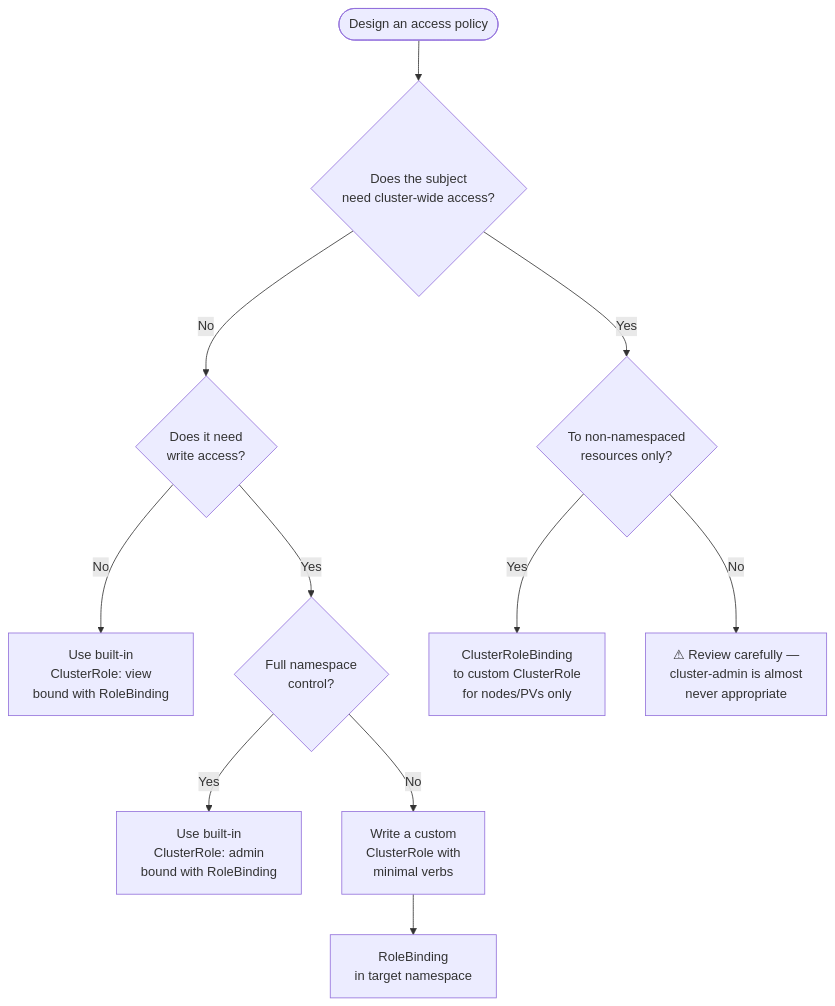
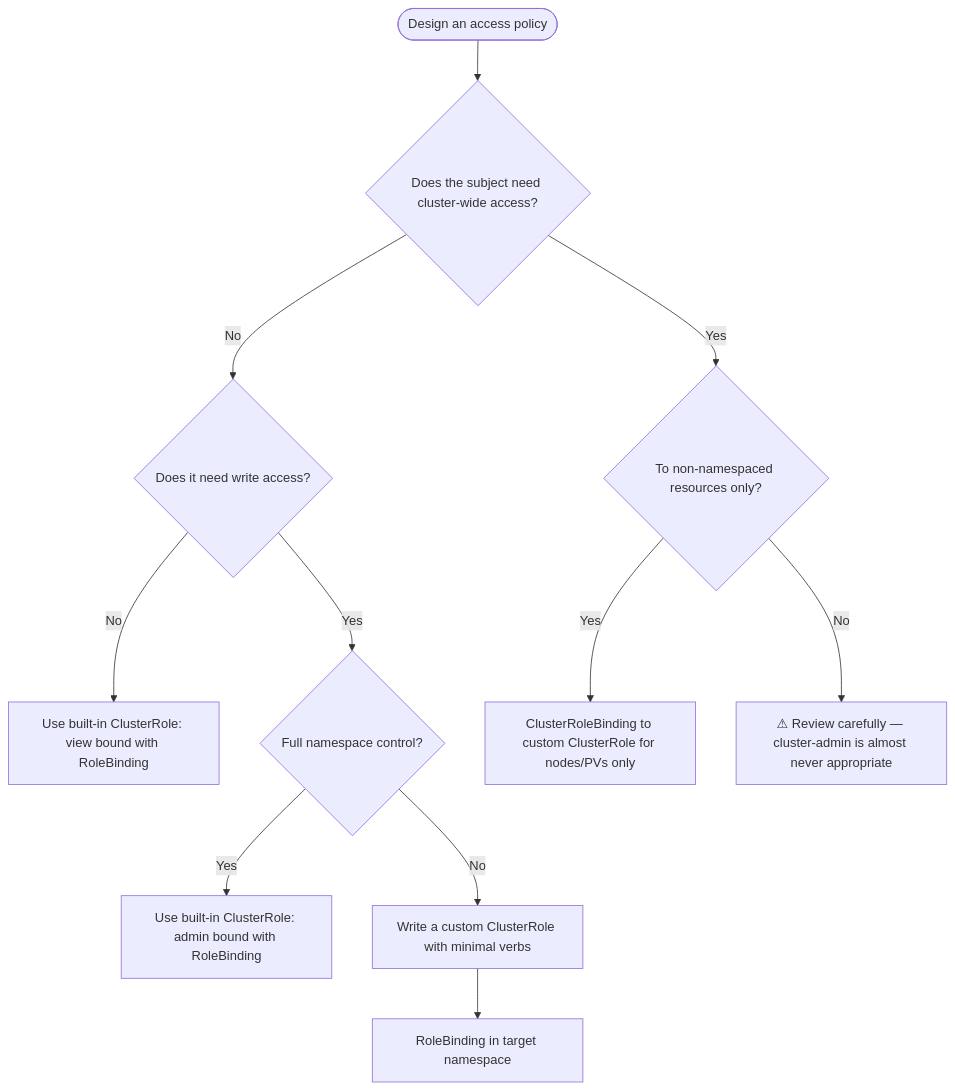
One commit to UncleJS/course_k3s changed the fifth of 5 diagrams in 09_security/01_rbac.md. Above: the diagram before and after it, drawn with Mermaid. The commit also changed other lines of this file and 57 other files, not shown here.

````diff
--- a/09_security/01_rbac.md
+++ b/09_security/01_rbac.md
@@ -399,13 +399,13 @@
 ```mermaid
 flowchart TD
-    START([Design an access policy]) --> Q1{Does the subject\nneed cluster-wide access?}
-    Q1 -->|No| Q2{Does it need\nwrite access?}
-    Q1 -->|Yes| Q3{To non-namespaced\nresources only?}
-    Q2 -->|No| USE_VIEW[Use built-in\nClusterRole: view\nbound with RoleBinding]
-    Q2 -->|Yes| Q4{Full namespace\ncontrol?}
-    Q4 -->|Yes| USE_ADMIN[Use built-in\nClusterRole: admin\nbound with RoleBinding]
-    Q4 -->|No| CUSTOM[Write a custom\nClusterRole with\nminimal verbs]
-    Q3 -->|Yes| CRB_NODE[ClusterRoleBinding\nto custom ClusterRole\nfor nodes/PVs only]
-    Q3 -->|No| DANGER[⚠ Review carefully —\ncluster-admin is almost\nnever appropriate]
-    CUSTOM --> BIND[RoleBinding\nin target namespace]
+    START([Design an access policy]) --> Q1{Does the subject need cluster-wide access?}
+    Q1 -->|No| Q2{Does it need write access?}
+    Q1 -->|Yes| Q3{To non-namespaced resources only?}
+    Q2 -->|No| USE_VIEW[Use built-in ClusterRole: view bound with RoleBinding]
+    Q2 -->|Yes| Q4{Full namespace control?}
+    Q4 -->|Yes| USE_ADMIN[Use built-in ClusterRole: admin bound with RoleBinding]
+    Q4 -->|No| CUSTOM[Write a custom ClusterRole with minimal verbs]
+    Q3 -->|Yes| CRB_NODE[ClusterRoleBinding to custom ClusterRole for nodes/PVs only]
+    Q3 -->|No| DANGER[⚠ Review carefully — cluster-admin is almost never appropriate]
+    CUSTOM --> BIND[RoleBinding in target namespace]
 ```
````
